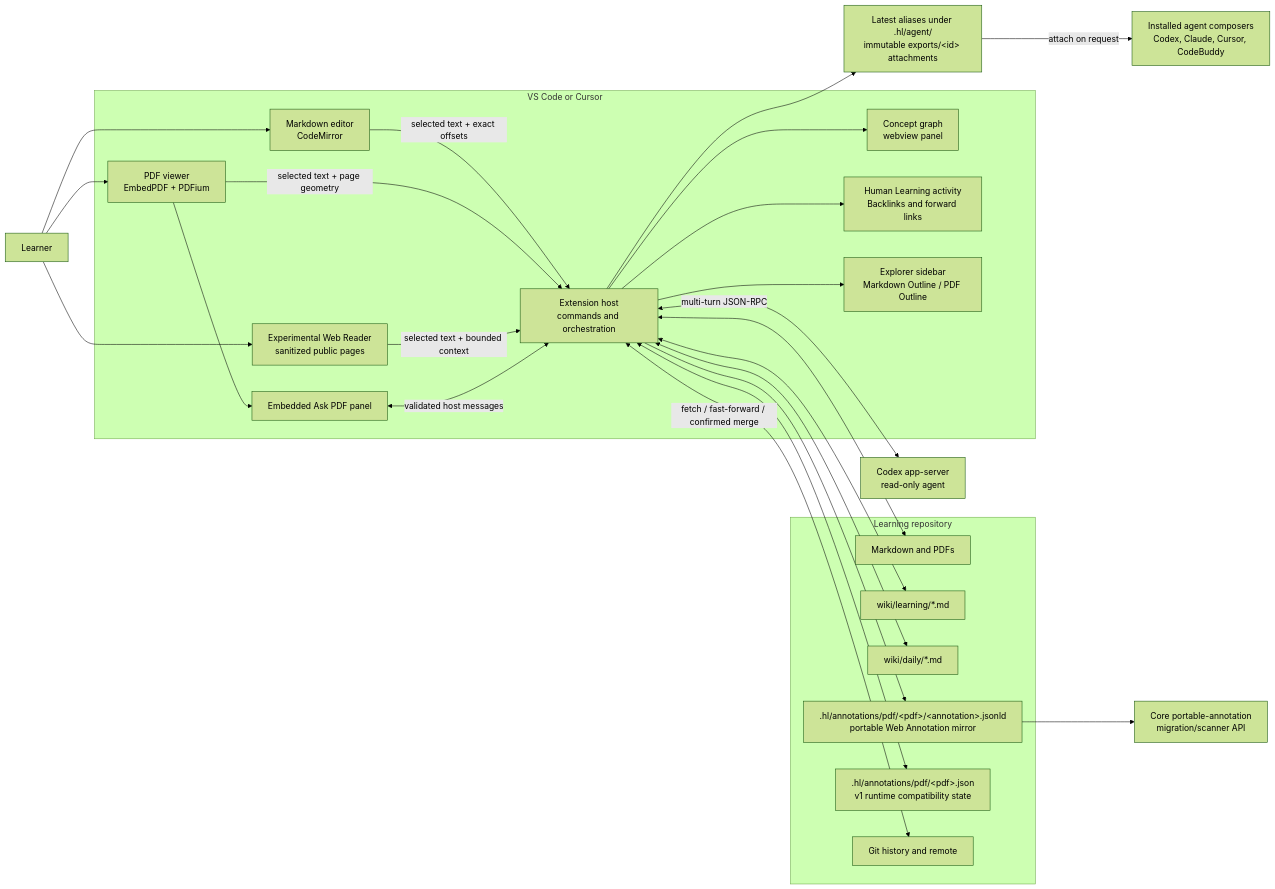
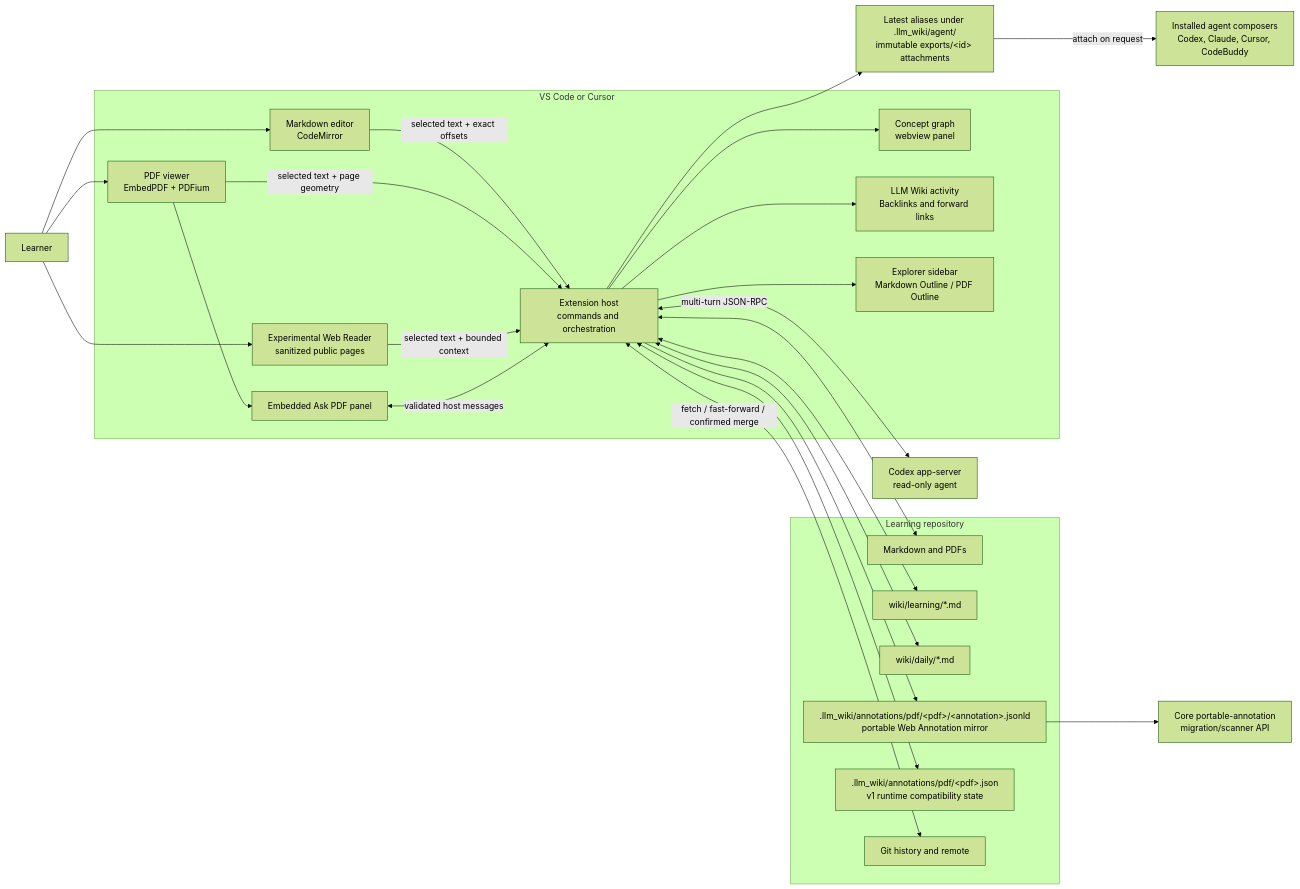
The diagram in docs/architecture-and-vscode-integration.md (t04dJ14n9/vscode-llm-wiki), drawn with Mermaid (forest theme) before and after one commit. The commit also changed other lines of this file and 107 other files, not shown here.

Commit message:
refactor: rename project to LLM Wiki

````diff
--- a/docs/architecture-and-vscode-integration.md
+++ b/docs/architecture-and-vscode-integration.md
@@ -53,51 +53,51 @@
 ```mermaid
 flowchart LR
     User["Learner"]
 
     subgraph Desktop["VS Code or Cursor"]
         Host["Extension host<br/>commands and orchestration"]
         MD["Markdown editor<br/>CodeMirror"]
         PDF["PDF viewer<br/>EmbedPDF + PDFium"]
         AskPDF["Embedded Ask PDF panel"]
         Graph["Concept graph<br/>webview panel"]
         WebReader["Experimental Web Reader<br/>sanitized public pages"]
-        Trees["Human Learning activity<br/>Backlinks and forward links"]
+        Trees["LLM Wiki activity<br/>Backlinks and forward links"]
         Outline["Explorer sidebar<br/>Markdown Outline / PDF Outline"]
     end
 
     subgraph Repo["Learning repository"]
         Sources["Markdown and PDFs"]
         Notes["wiki/learning/*.md"]
         Daily["wiki/daily/*.md"]
-        PdfMirror[".hl/annotations/pdf/&lt;pdf&gt;/&lt;annotation&gt;.jsonld<br/>portable Web Annotation mirror"]
-        PdfRuntime[".hl/annotations/pdf/&lt;pdf&gt;.json<br/>v1 runtime compatibility state"]
+        PdfMirror[".llm_wiki/annotations/pdf/&lt;pdf&gt;/&lt;annotation&gt;.jsonld<br/>portable Web Annotation mirror"]
+        PdfRuntime[".llm_wiki/annotations/pdf/&lt;pdf&gt;.json<br/>v1 runtime compatibility state"]
         Git["Git history and remote"]
     end
 
     Codex["Codex app-server<br/>read-only agent"]
     Sidebars["Installed agent composers<br/>Codex, Claude, Cursor, CodeBuddy"]
-    Handoff["Latest aliases under .hl/agent/<br/>immutable exports/&lt;id&gt; attachments"]
+    Handoff["Latest aliases under .llm_wiki/agent/<br/>immutable exports/&lt;id&gt; attachments"]
     PortableApi["Core portable-annotation<br/>migration/scanner API"]
 
     User --> MD
     User --> PDF
     User --> WebReader
     MD -->|"selected text + exact offsets"| Host
     PDF -->|"selected text + page geometry"| Host
     WebReader -->|"selected text + bounded context"| Host
     PDF --> AskPDF
     AskPDF <-->|"validated host messages"| Host
     Host <-->|"multi-turn JSON-RPC"| Codex
     Host --> Handoff
     Handoff -->|"attach on request"| Sidebars
     Host <--> Sources
     Host <--> Notes
     Host <--> Daily
     Host --> PdfMirror
     Host <--> PdfRuntime
     PdfMirror --> PortableApi
     Host --> Graph
     Host --> Trees
     Host --> Outline
     Host <-->|"fetch / fast-forward / confirmed merge"| Git
 ```
````
